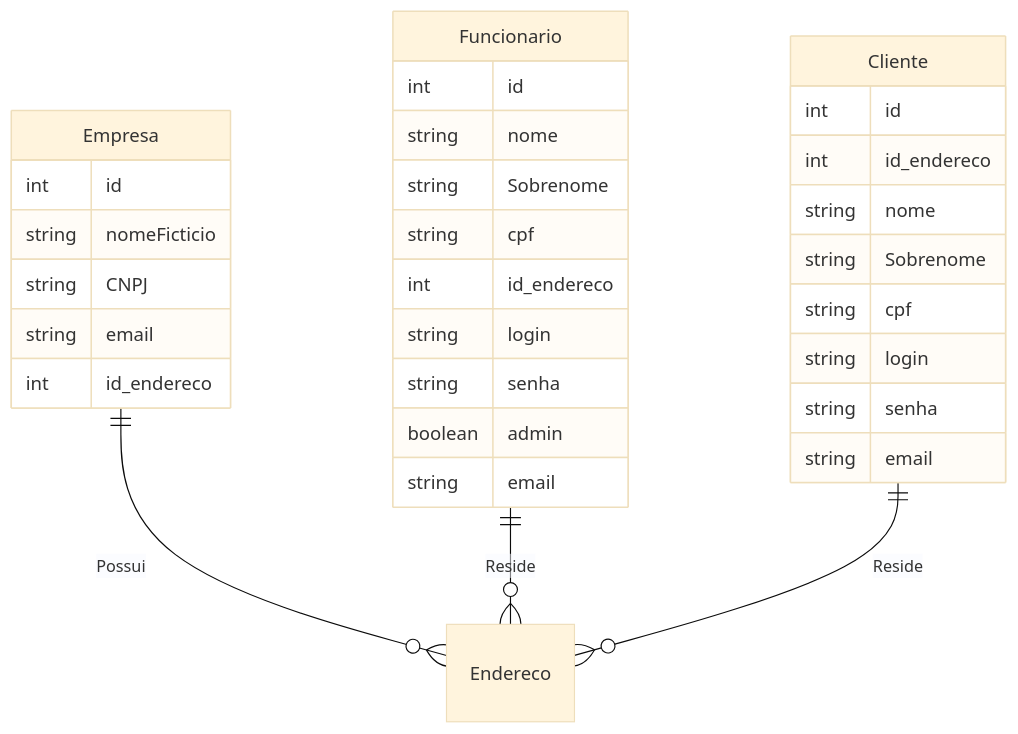
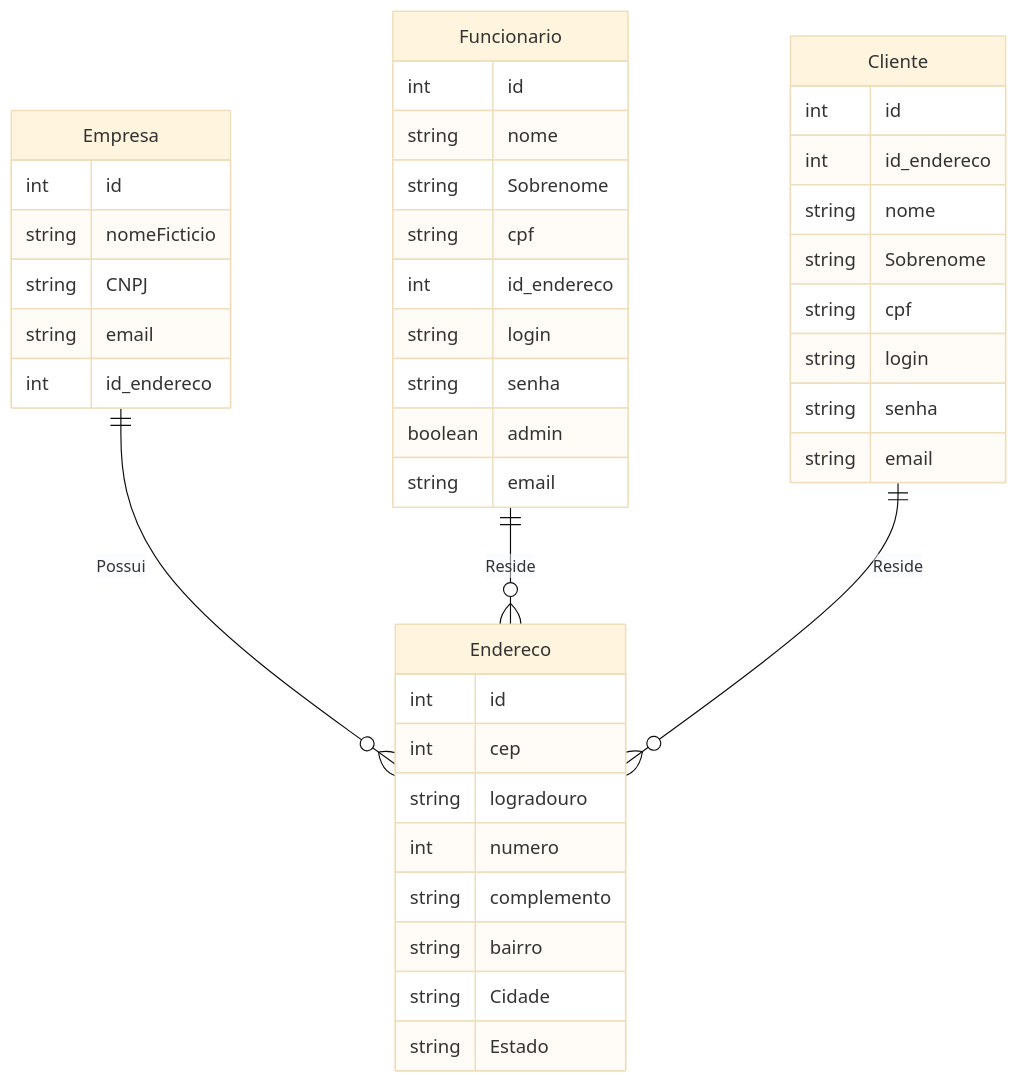
One commit to raunerlucas/Projeto-Sistema-LavaJato changed the diagram in README.md. Above: the diagram before and after it, drawn with Mermaid (base theme).

````diff
--- a/README.md
+++ b/README.md
@@ -5,34 +5,44 @@
 ```mermaid
 erDiagram
   Empresa ||--o{ Endereco : Possui
   Empresa {
       int id
       string nomeFicticio
       string CNPJ
       string email
       int id_endereco
   }
   Funcionario ||--o{ Endereco : Reside
   Funcionario {
       int id
       string nome
       string Sobrenome
       string cpf
       int id_endereco
       string login
       string senha
       boolean admin
       string email
   }
   Cliente ||--o{ Endereco : Reside
   Cliente {
       int id
       int id_endereco
       string nome
       string Sobrenome
       string cpf
       string login
       string senha
       string email
   }
+  Endereco {
+      int id
+      int cep
+      string logradouro
+      int numero
+      string complemento
+      string bairro
+      string Cidade
+      string Estado
+  }
 ```
````
